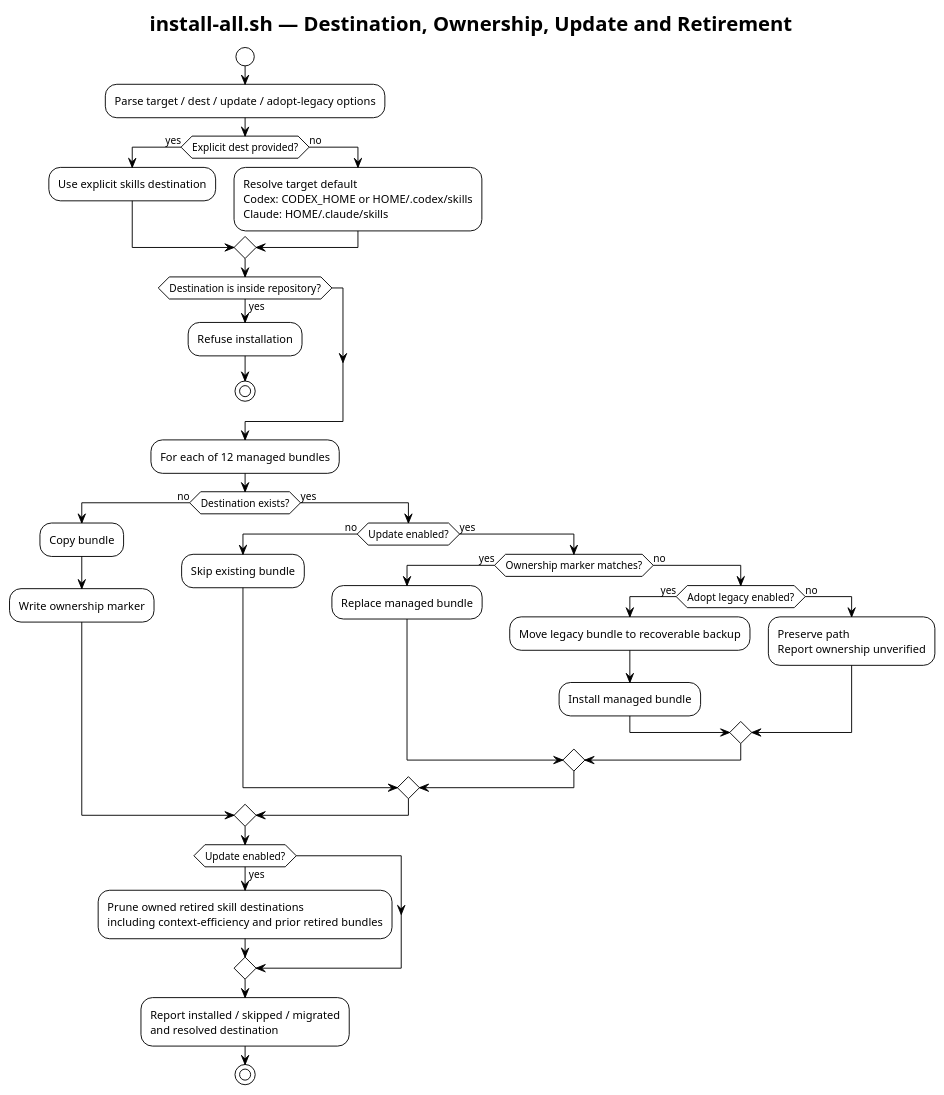
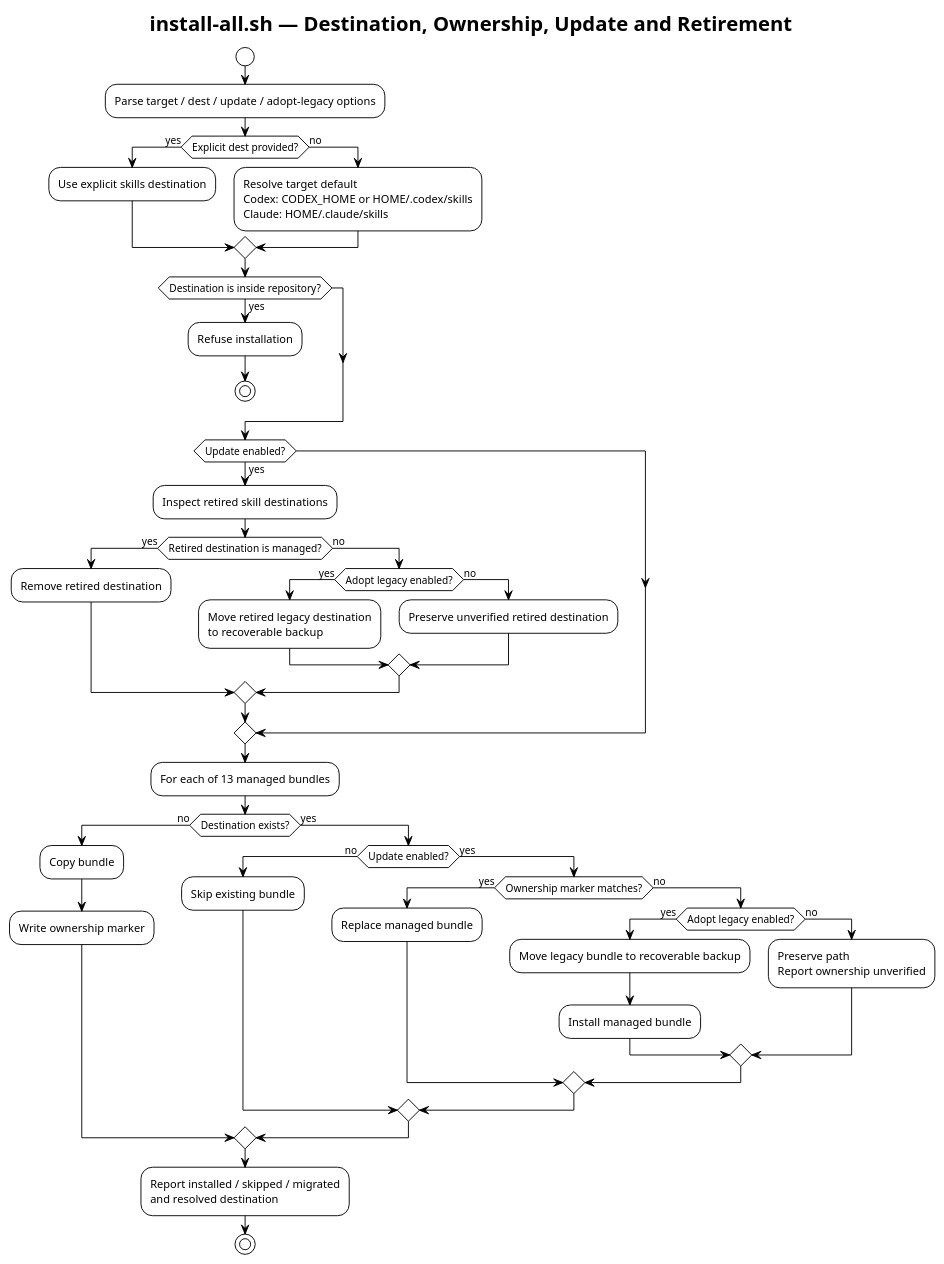
One commit to i-zrhe2016/codex-development-workflow changed the diagram in docs/deployment/diagrams/installer-decision-flow.puml. Above: the diagram before and after it, drawn with PlantUML. The commit also changed 8 other files, not shown here.

Commit message:
docs(diagrams): normalize PlantUML views

```diff
--- a/docs/deployment/diagrams/installer-decision-flow.puml
+++ b/docs/deployment/diagrams/installer-decision-flow.puml
@@ -1,50 +1,59 @@
 @startuml
 !theme plain
 skinparam shadowing false
 skinparam defaultFontName Arial
 
 title install-all.sh — Destination, Ownership, Update and Retirement
 
 start
 :Parse target / dest / update / adopt-legacy options;
 
 if (Explicit dest provided?) then (yes)
   :Use explicit skills destination;
 else (no)
   :Resolve target default\nCodex: CODEX_HOME or HOME/.codex/skills\nClaude: HOME/.claude/skills;
 endif
 
 if (Destination is inside repository?) then (yes)
   :Refuse installation;
   stop
 endif
 
-:For each of 12 managed bundles;
+if (Update enabled?) then (yes)
+  :Inspect retired skill destinations;
+  if (Retired destination is managed?) then (yes)
+    :Remove retired destination;
+  else (no)
+    if (Adopt legacy enabled?) then (yes)
+      :Move retired legacy destination\nto recoverable backup;
+    else (no)
+      :Preserve unverified retired destination;
+    endif
+  endif
+endif
+
+:For each of 13 managed bundles;
 
 if (Destination exists?) then (no)
   :Copy bundle;
   :Write ownership marker;
 else (yes)
   if (Update enabled?) then (no)
     :Skip existing bundle;
   else (yes)
     if (Ownership marker matches?) then (yes)
       :Replace managed bundle;
     else (no)
       if (Adopt legacy enabled?) then (yes)
         :Move legacy bundle to recoverable backup;
         :Install managed bundle;
       else (no)
         :Preserve path\nReport ownership unverified;
       endif
     endif
   endif
 endif
 
-if (Update enabled?) then (yes)
-  :Prune owned retired skill destinations\nincluding context-efficiency and prior retired bundles;
-endif
-
 :Report installed / skipped / migrated\nand resolved destination;
 stop
 @enduml
```
